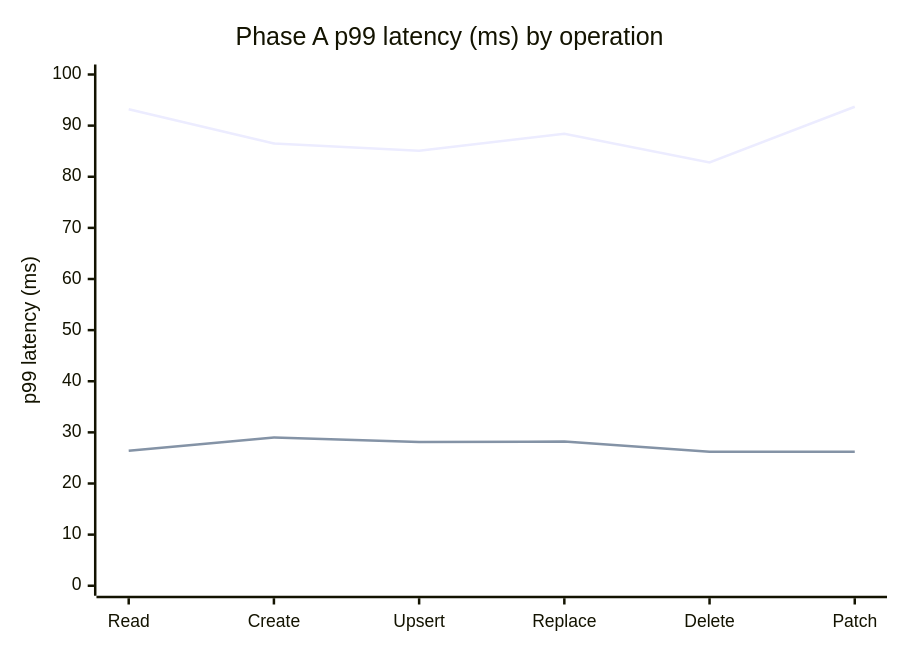
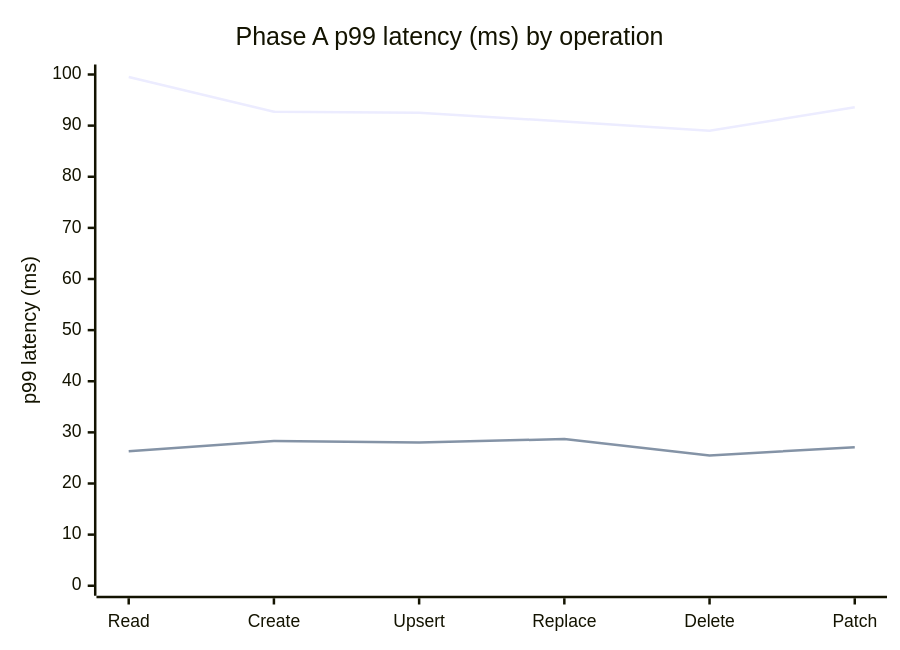
One commit to Azure/azure-sdk-for-python changed the second of 7 diagrams in sdk/cosmos/azure-cosmos/docs/rust-vs-python-perf-drill.md. Above: the diagram before and after it, drawn with Mermaid. The commit also changed other lines of this file and 14 other files, not shown here.

````diff
--- a/sdk/cosmos/azure-cosmos/docs/rust-vs-python-perf-drill.md
+++ b/sdk/cosmos/azure-cosmos/docs/rust-vs-python-perf-drill.md
@@ -401,8 +163,8 @@
 ```mermaid
 xychart-beta
     title "Phase A p99 latency (ms) by operation"
     x-axis ["Read","Create","Upsert","Replace","Delete","Patch"]
     y-axis "p99 latency (ms)" 0 --> 100
-    line "Core Python" [93.2,86.5,85.1,88.4,82.8,93.7]
-    line "Rust" [26.4,29.0,28.1,28.2,26.2,26.2]
+    line "Core Python" [99.5,92.7,92.5,90.8,89.0,93.6]
+    line "Rust" [26.3,28.3,28.0,28.7,25.5,27.1]
 ```
````
